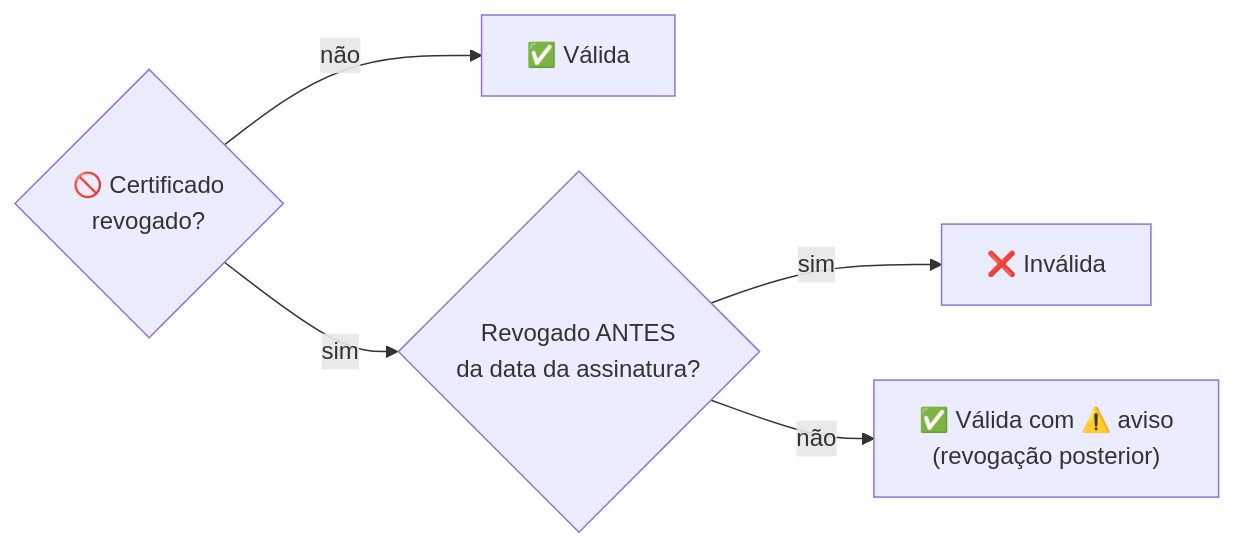
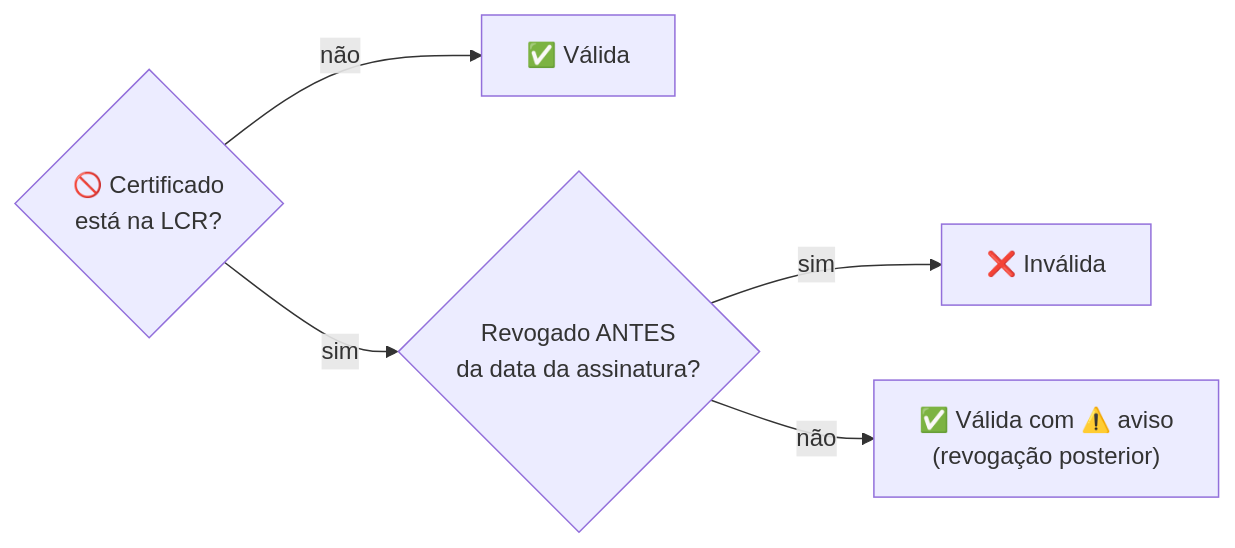
One commit to caetasousa/lcr changed the fifth of 5 diagrams in docs/CERTIFICADOS.md. Above: the diagram before and after it, drawn with Mermaid. The commit also changed other lines of this file and 5 other files, not shown here.

````diff
--- a/docs/CERTIFICADOS.md
+++ b/docs/CERTIFICADOS.md
@@ -249,7 +319,7 @@
 ```mermaid
 graph LR
-    A{"🚫 Certificado<br/>revogado?"} -->|não| V["✅ Válida"]
+    A{"🚫 Certificado<br/>está na LCR?"} -->|não| V["✅ Válida"]
     A -->|sim| B{"Revogado ANTES<br/>da data da assinatura?"}
     B -->|sim| X["❌ Inválida"]
     B -->|não| W["✅ Válida com ⚠️ aviso<br/>(revogação posterior)"]
 ```
````
